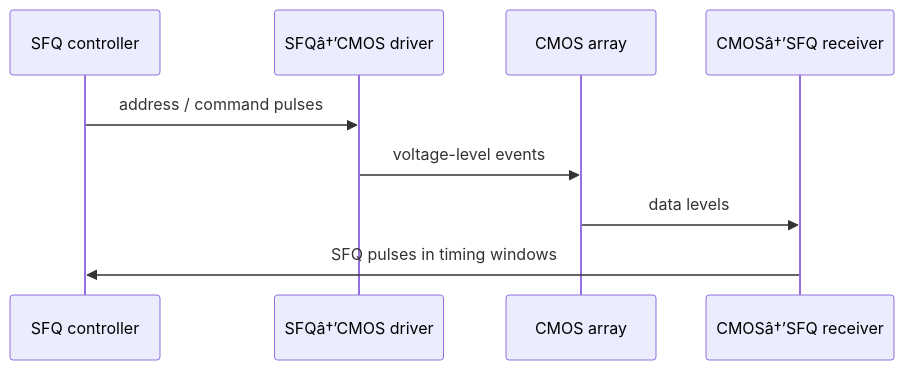
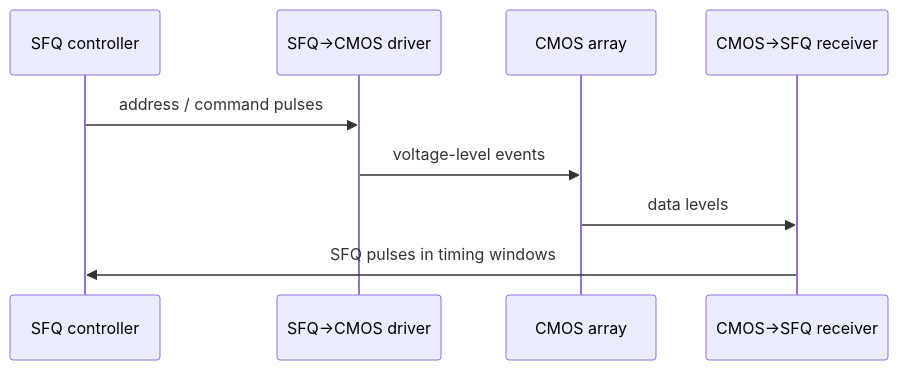
Before and after one commit to Single-Flux-Quantum/sfq-learn-public: the second of 2 diagrams in docs/concepts/josephson-cmos-hybrid-memory.md, drawn with Mermaid. The commit also changed other lines of this file and 39 other files, not shown here.

````diff
--- a/docs/concepts/josephson-cmos-hybrid-memory.md
+++ b/docs/concepts/josephson-cmos-hybrid-memory.md
@@ -83,11 +83,11 @@
 ```mermaid
 sequenceDiagram
   participant CPU as SFQ controller
-  participant TX as SFQâ†’CMOS driver
+  participant TX as SFQ→CMOS driver
   participant MEM as CMOS array
-  participant RX as CMOSâ†’SFQ receiver
+  participant RX as CMOS→SFQ receiver
   CPU->>TX: address / command pulses
   TX->>MEM: voltage-level events
   MEM->>RX: data levels
   RX->>CPU: SFQ pulses in timing windows
 ```
````
